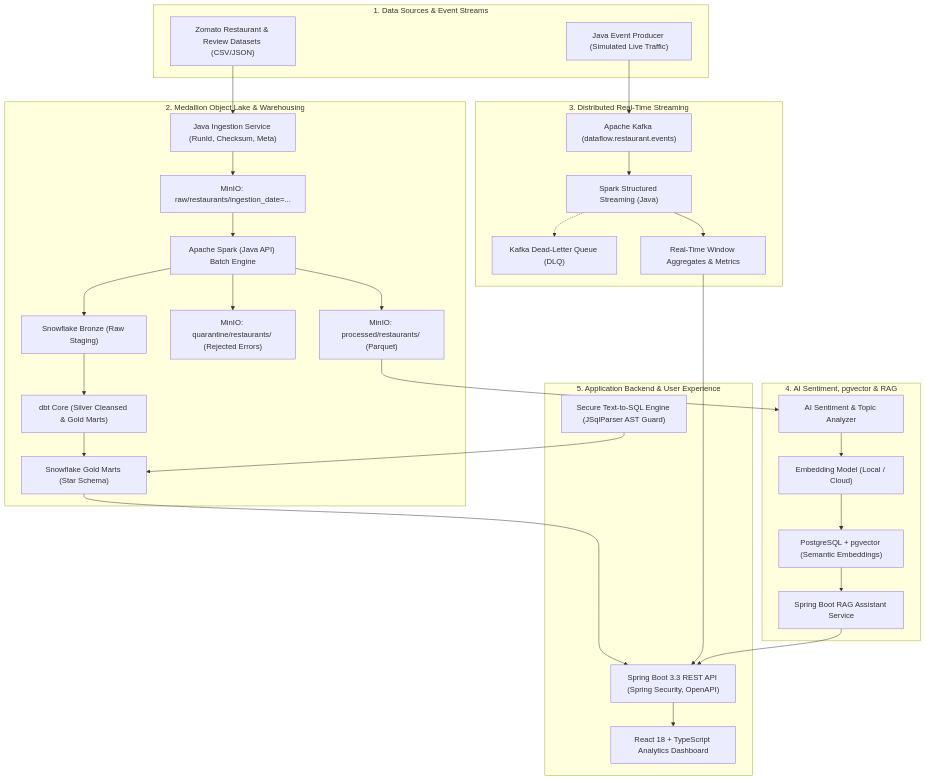
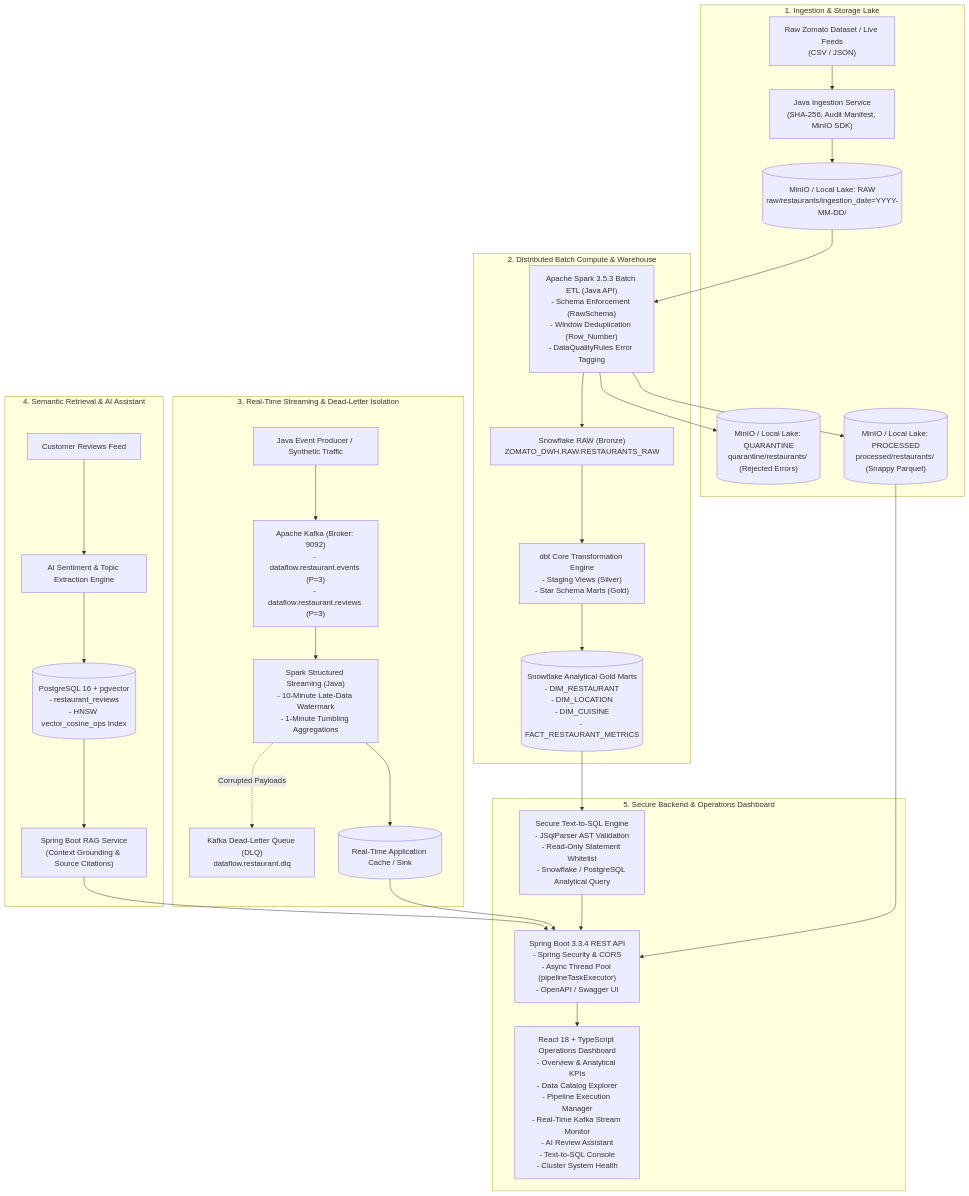
The first of 4 diagrams in README.md (satyamk001-tech/realtime-data-pipeline), drawn with Mermaid before and after one commit. The commit also changed other lines of this file and 1 other file, not shown here.

````diff
--- a/README.md
+++ b/README.md
@@ -37,64 +59,64 @@
 ```mermaid
 flowchart TD
-    subgraph Data_Sources["1. Data Sources & Event Streams"]
-        CSV["Zomato Restaurant & Review Datasets (CSV/JSON)"]
-        Producer["Java Event Producer (Simulated Live Traffic)"]
+    subgraph INGESTION_LAYER["1. Ingestion & Storage Lake"]
+        SRC["Raw Zomato Dataset / Live Feeds\n(CSV / JSON)"]
+        INGEST["Java Ingestion Service\n(SHA-256, Audit Manifest, MinIO SDK)"]
+        LAKE_RAW[("MinIO / Local Lake: RAW\nraw/restaurants/ingestion_date=YYYY-MM-DD/")]
+        LAKE_PROC[("MinIO / Local Lake: PROCESSED\nprocessed/restaurants/ (Snappy Parquet)")]
+        LAKE_QUAR[("MinIO / Local Lake: QUARANTINE\nquarantine/restaurants/ (Rejected Errors)")]
     end
 
-    subgraph Storage_Engine["2. Medallion Object Lake & Warehousing"]
-        IngestionSvc["Java Ingestion Service (RunId, Checksum, Meta)"]
-        MinIORaw["MinIO: raw/restaurants/ingestion_date=..."]
-        SparkBatch["Apache Spark (Java API) Batch Engine"]
-        MinIOProc["MinIO: processed/restaurants/ (Parquet)"]
-        MinIOQuar["MinIO: quarantine/restaurants/ (Rejected Errors)"]
-        SnowflakeBronze["Snowflake Bronze (Raw Staging)"]
-        dbtModels["dbt Core (Silver Cleansed & Gold Marts)"]
-        SnowflakeGold["Snowflake Gold Marts (Star Schema)"]
+    subgraph BATCH_ENGINE["2. Distributed Batch Compute & Warehouse"]
+        SPARK_BATCH["Apache Spark 3.5.3 Batch ETL (Java API)\n- Schema Enforcement (RawSchema)\n- Window Deduplication (Row_Number)\n- DataQualityRules Error Tagging"]
+        SNOWFLAKE_BRONZE["Snowflake RAW (Bronze)\nZOMATO_DWH.RAW.RESTAURANTS_RAW"]
+        DBT["dbt Core Transformation Engine\n- Staging Views (Silver)\n- Star Schema Marts (Gold)"]
+        SNOWFLAKE_GOLD[("Snowflake Analytical Gold Marts\n- DIM_RESTAURANT\n- DIM_LOCATION\n- DIM_CUISINE\n- FACT_RESTAURANT_METRICS")]
     end
 
-    subgraph RealTime_Engine["3. Distributed Real-Time Streaming"]
-        Kafka["Apache Kafka (dataflow.restaurant.events)"]
-        SparkStreaming["Spark Structured Streaming (Java)"]
-        KafkaDLQ["Kafka Dead-Letter Queue (DLQ)"]
-        RealtimeSinks["Real-Time Window Aggregates & Metrics"]
+    subgraph STREAMING_ENGINE["3. Real-Time Streaming & Dead-Letter Isolation"]
+        PRODUCER["Java Event Producer / Synthetic Traffic"]
+        KAFKA["Apache Kafka (Broker: 9092)\n- dataflow.restaurant.events (P=3)\n- dataflow.restaurant.reviews (P=3)"]
+        SPARK_STREAM["Spark Structured Streaming (Java)\n- 10-Minute Late-Data Watermark\n- 1-Minute Tumbling Aggregations"]
+        KAFKA_DLQ["Kafka Dead-Letter Queue (DLQ)\ndataflow.restaurant.dlq"]
+        STREAM_SINK[("Real-Time Application Cache / Sink")]
     end
 
-    subgraph AI_Engine["4. AI Sentiment, pgvector & RAG"]
-        Sentiment["AI Sentiment & Topic Analyzer"]
-        Embeddings["Embedding Model (Local / Cloud)"]
-        PgVector["PostgreSQL + pgvector (Semantic Embeddings)"]
-        RAGAssist["Spring Boot RAG Assistant Service"]
+    subgraph AI_VECTOR_ENGINE["4. Semantic Retrieval & AI Assistant"]
+        REVIEWS["Customer Reviews Feed"]
+        SENTIMENT["AI Sentiment & Topic Extraction Engine"]
+        PGVECTOR[("PostgreSQL 16 + pgvector\n- restaurant_reviews\n- HNSW vector_cosine_ops Index")]
+        RAG_SVC["Spring Boot RAG Service\n(Context Grounding & Source Citations)"]
     end
 
-    subgraph Backend_UI["5. Application Backend & User Experience"]
-        SpringBoot["Spring Boot 3.3 REST API (Spring Security, OpenAPI)"]
-        TextToSQL["Secure Text-to-SQL Engine (JSqlParser AST Guard)"]
-        ReactUI["React 18 + TypeScript Analytics Dashboard"]
+    subgraph SERVING_LAYER["5. Secure Backend & Operations Dashboard"]
+        SPRING_BOOT["Spring Boot 3.3.4 REST API\n- Spring Security & CORS\n- Async Thread Pool (pipelineTaskExecutor)\n- OpenAPI / Swagger UI"]
+        TEXT_TO_SQL["Secure Text-to-SQL Engine\n- JSqlParser AST Validation\n- Read-Only Statement Whitelist\n- Snowflake / PostgreSQL Analytical Query"]
+        REACT_UI["React 18 + TypeScript Operations Dashboard\n- Overview & Analytical KPIs\n- Data Catalog Explorer\n- Pipeline Execution Manager\n- Real-Time Kafka Stream Monitor\n- AI Review Assistant\n- Text-to-SQL Console\n- Cluster System Health"]
     end
 
-    %% Flow Connections
-    CSV --> IngestionSvc
-    IngestionSvc --> MinIORaw
-    MinIORaw --> SparkBatch
-    SparkBatch --> MinIOProc
-    SparkBatch --> MinIOQuar
-    SparkBatch --> SnowflakeBronze
-    SnowflakeBronze --> dbtModels
-    dbtModels --> SnowflakeGold
+    %% Connections
+    SRC --> INGEST
+    INGEST --> LAKE_RAW
+    LAKE_RAW --> SPARK_BATCH
+    SPARK_BATCH --> LAKE_PROC
+    SPARK_BATCH --> LAKE_QUAR
+    SPARK_BATCH --> SNOWFLAKE_BRONZE
+    SNOWFLAKE_BRONZE --> DBT
+    DBT --> SNOWFLAKE_GOLD
 
-    Producer --> Kafka
-    Kafka --> SparkStreaming
-    SparkStreaming --> RealtimeSinks
-    SparkStreaming -.-> KafkaDLQ
+    PRODUCER --> KAFKA
+    KAFKA --> SPARK_STREAM
+    SPARK_STREAM --> STREAM_SINK
+    SPARK_STREAM -.->|Corrupted Payloads| KAFKA_DLQ
 
-    MinIOProc --> Sentiment
-    Sentiment --> Embeddings
-    Embeddings --> PgVector
-    PgVector --> RAGAssist
+    REVIEWS --> SENTIMENT
+    SENTIMENT --> PGVECTOR
+    PGVECTOR --> RAG_SVC
 
-    SnowflakeGold --> SpringBoot
-    RealtimeSinks --> SpringBoot
-    RAGAssist --> SpringBoot
-    TextToSQL --> SnowflakeGold
-    SpringBoot --> ReactUI
+    SNOWFLAKE_GOLD --> TEXT_TO_SQL
+    TEXT_TO_SQL --> SPRING_BOOT
+    STREAM_SINK --> SPRING_BOOT
+    RAG_SVC --> SPRING_BOOT
+    LAKE_PROC --> SPRING_BOOT
+    SPRING_BOOT --> REACT_UI
 ```
````
